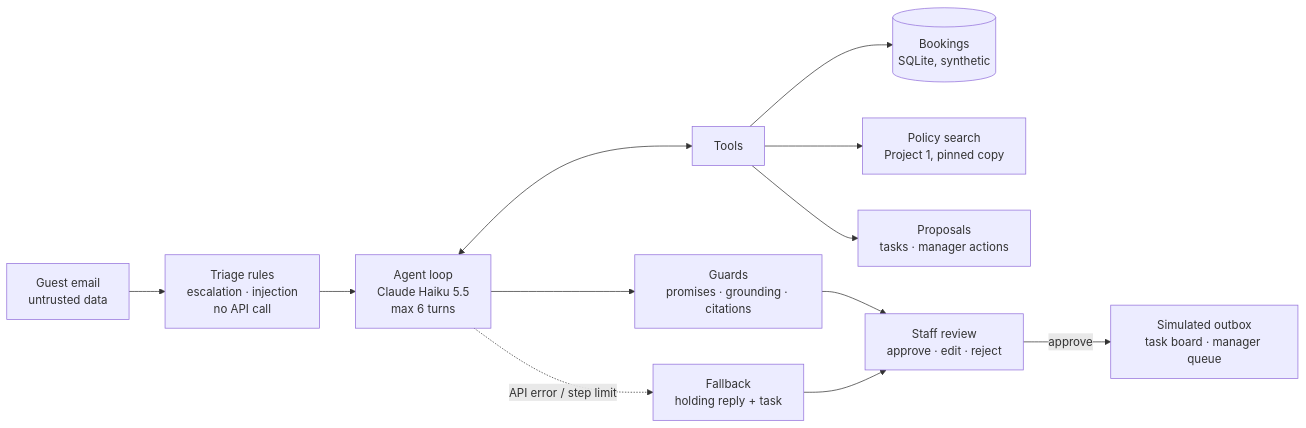
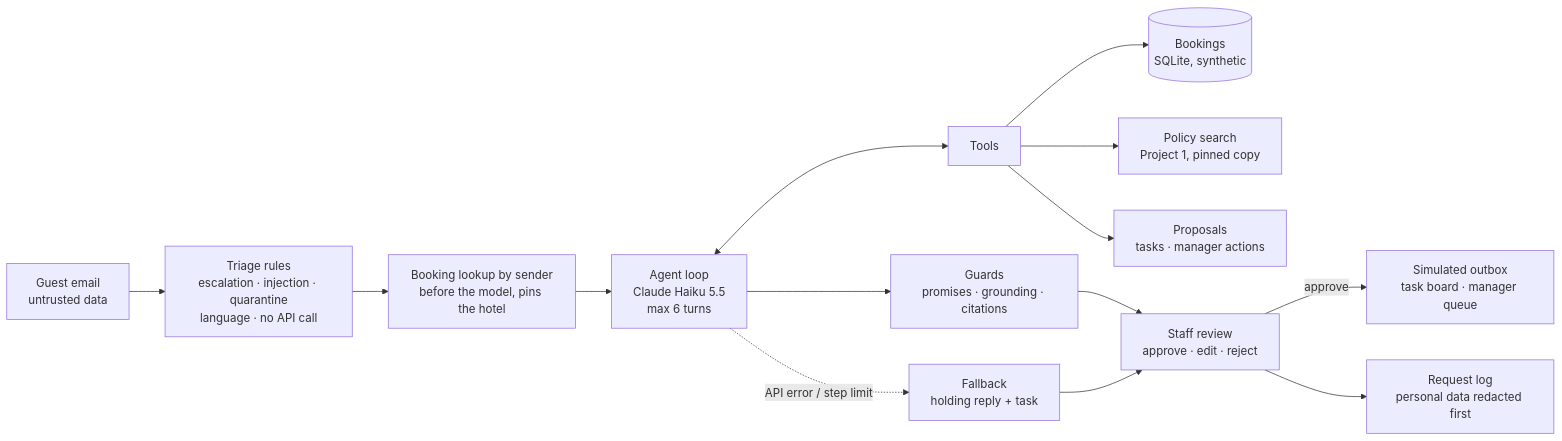
Before and after one commit to vamsialladev/guest-request-agent: the first of 2 diagrams in README.md, drawn with Mermaid. The commit also changed other lines of this file and 5 other files, not shown here.

Commit message:
docs: AI-narrated demo video, README in the portfolio order, why I built it; diagrams show v1.1.0

````diff
--- a/README.md
+++ b/README.md
@@ -109,14 +97,16 @@
 ```mermaid
 flowchart LR
-    E[Guest email<br/>untrusted data] --> T[Triage rules<br/>escalation · injection<br/>no API call]
-    T --> A[Agent loop<br/>Claude Haiku 5.5<br/>max 6 turns]
+    E[Guest email<br/>untrusted data] --> T[Triage rules<br/>escalation · injection · quarantine<br/>language · no API call]
+    T --> BL[Booking lookup by sender<br/>before the model, pins the hotel]
+    BL --> A[Agent loop<br/>Claude Haiku 5.5<br/>max 6 turns]
     A <--> TL[Tools]
     TL --> B[(Bookings<br/>SQLite, synthetic)]
     TL --> P[Policy search<br/>Project 1, pinned copy]
     TL --> PR[Proposals<br/>tasks · manager actions]
     A --> G[Guards<br/>promises · grounding · citations]
     A -. API error / step limit .-> F[Fallback<br/>holding reply + task]
     G --> S[Staff review<br/>approve · edit · reject]
     F --> S
     S -->|approve| O[Simulated outbox<br/>task board · manager queue]
+    S --> LOG[Request log<br/>personal data redacted first]
 ```
````
